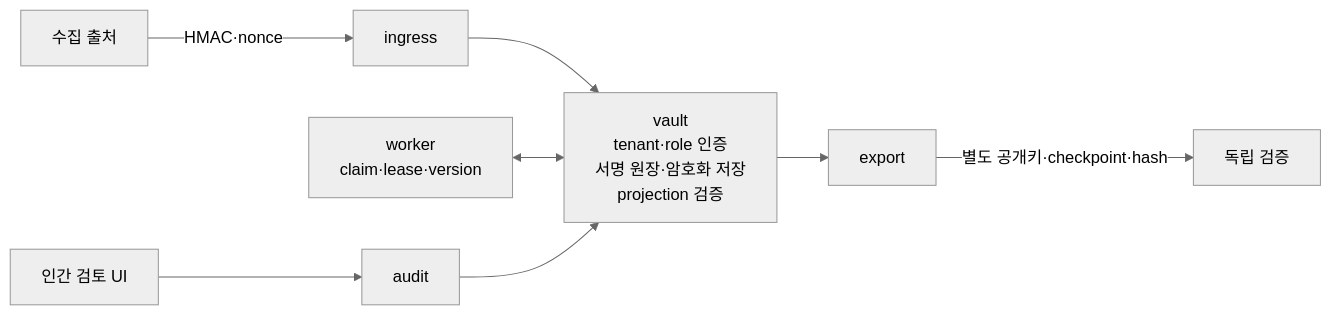
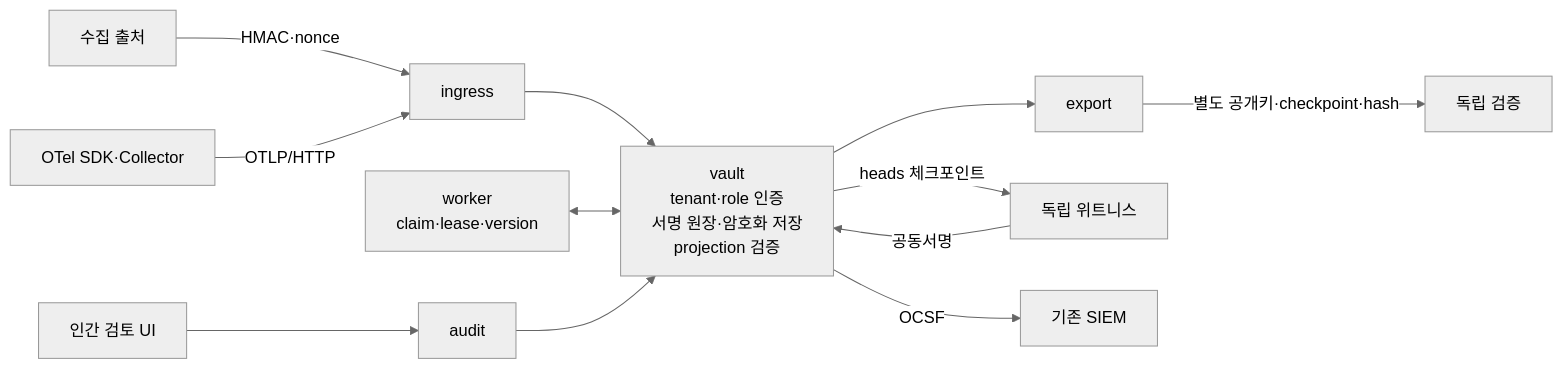
One commit to ki0915/EvidScope changed the diagram in README.md. Above: the diagram before and after it, drawn with Mermaid (neutral theme). The commit also changed other lines of this file, not shown here.

````diff
--- a/README.md
+++ b/README.md
@@ -41,8 +46,11 @@
 ```mermaid
 flowchart LR
   S[수집 출처] -->|HMAC·nonce| I[ingress]
   I --> V[vault<br/>tenant·role 인증<br/>서명 원장·암호화 저장<br/>projection 검증]
   W[worker<br/>claim·lease·version] <--> V
   U[인간 검토 UI] --> A[audit] --> V
   V --> E[export] -->|별도 공개키·checkpoint·hash| X[독립 검증]
+  O[OTel SDK·Collector] -->|OTLP/HTTP| I
+  V -->|heads 체크포인트| T[독립 위트니스] -->|공동서명| V
+  V -->|OCSF| SIEM[기존 SIEM]
 ```
````
